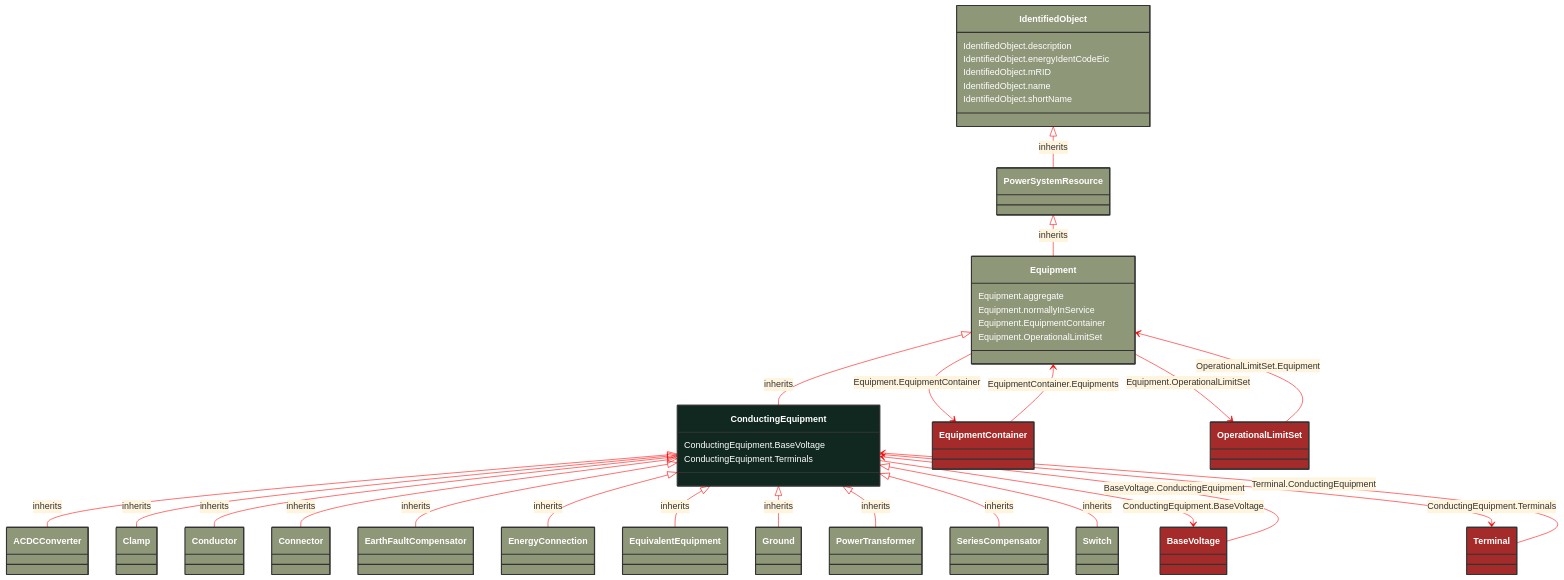
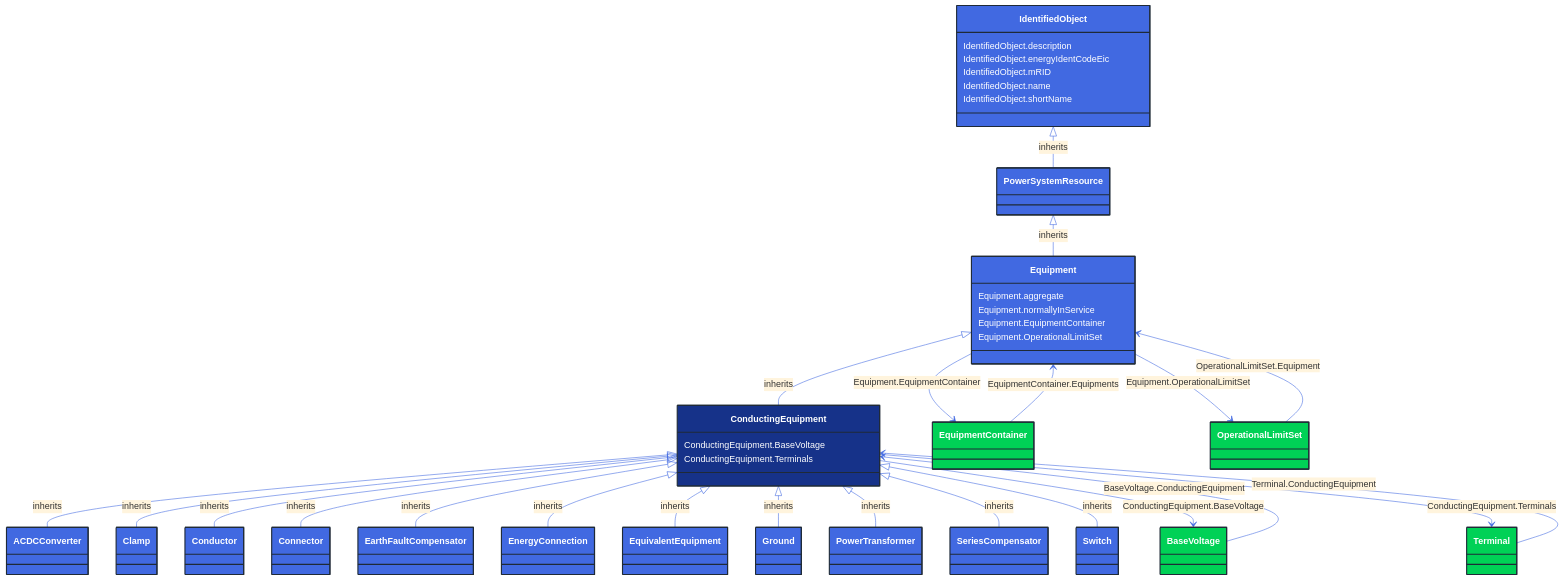
Before and after one commit to 3lbits/NoCIMExtensions: the diagram in docs/Models/Profiles/CoreEquipment/AbstractClasses/ConductingEquipment.md, drawn with Mermaid. The commit also changed 362 other files, not shown here.

First line of the commit message:
Update diagrams and styles for improved visual consistency

````diff
--- a/docs/Models/Profiles/CoreEquipment/AbstractClasses/ConductingEquipment.md
+++ b/docs/Models/Profiles/CoreEquipment/AbstractClasses/ConductingEquipment.md
@@ -10,132 +10,132 @@
 ```mermaid
-%%{init: {'theme':'base','themeVariables': {'lineColor': '#FF0000'}}}%%
+%%{init: {'theme':'base','themeVariables': {'lineColor': '#4169E1'}}}%%
 classDiagram
     class ConductingEquipment
     click ConductingEquipment href "/Models/Profiles/CoreEquipment/AbstractClasses/ConductingEquipment/"
-    style ConductingEquipment fill:#102820,stroke:#333,stroke-width:2px,rx:10,ry:10,color:white
+    style ConductingEquipment fill:#163289,stroke:#1F2A37,stroke-width:2px,rx:10,ry:10,color:white
 
         ConductingEquipment <|-- ACDCConverter : inherits
 
         ACDCConverter
             click ACDCConverter href "/Models/Profiles/CoreEquipment/AbstractClasses/ACDCConverter/"
-            style ACDCConverter fill:#8F9779,stroke:#333,stroke-width:2px,rx:10,ry:10,color:white
+            style ACDCConverter fill:#4169E1,stroke:#1F2A37,stroke-width:2px,rx:10,ry:10,color:white
 
         ConductingEquipment <|-- Clamp : inherits
 
         Clamp
             click Clamp href "/Models/Profiles/CoreEquipment/ConcreteClasses/Clamp/"
-            style Clamp fill:#8F9779,stroke:#333,stroke-width:2px,rx:10,ry:10,color:white
+            style Clamp fill:#4169E1,stroke:#1F2A37,stroke-width:2px,rx:10,ry:10,color:white
 
         ConductingEquipment <|-- Conductor : inherits
 
         Conductor
             click Conductor href "/Models/Profiles/CoreEquipment/AbstractClasses/Conductor/"
-            style Conductor fill:#8F9779,stroke:#333,stroke-width:2px,rx:10,ry:10,color:white
+            style Conductor fill:#4169E1,stroke:#1F2A37,stroke-width:2px,rx:10,ry:10,color:white
 
         ConductingEquipment <|-- Connector : inherits
 
         Connector
             click Connector href "/Models/Profiles/CoreEquipment/AbstractClasses/Connector/"
-            style Connector fill:#8F9779,stroke:#333,stroke-width:2px,rx:10,ry:10,color:white
+            style Connector fill:#4169E1,stroke:#1F2A37,stroke-width:2px,rx:10,ry:10,color:white
 
         ConductingEquipment <|-- EarthFaultCompensator : inherits
 
         EarthFaultCompensator
             click EarthFaultCompensator href "/Models/Profiles/CoreEquipment/AbstractClasses/EarthFaultCompensator/"
-            style EarthFaultCompensator fill:#8F9779,stroke:#333,stroke-width:2px,rx:10,ry:10,color:white
+            style EarthFaultCompensator fill:#4169E1,stroke:#1F2A37,stroke-width:2px,rx:10,ry:10,color:white
 
         ConductingEquipment <|-- EnergyConnection : inherits
 
         EnergyConnection
             click EnergyConnection href "/Models/Profiles/CoreEquipment/AbstractClasses/EnergyConnection/"
-            style EnergyConnection fill:#8F9779,stroke:#333,stroke-width:2px,rx:10,ry:10,color:white
+            style EnergyConnection fill:#4169E1,stroke:#1F2A37,stroke-width:2px,rx:10,ry:10,color:white
 
         ConductingEquipment <|-- EquivalentEquipment : inherits
 
         EquivalentEquipment
             click EquivalentEquipment href "/Models/Profiles/CoreEquipment/AbstractClasses/EquivalentEquipment/"
-            style EquivalentEquipment fill:#8F9779,stroke:#333,stroke-width:2px,rx:10,ry:10,color:white
+            style EquivalentEquipment fill:#4169E1,stroke:#1F2A37,stroke-width:2px,rx:10,ry:10,color:white
 
         ConductingEquipment <|-- Ground : inherits
 
         Ground
             click Ground href "/Models/Profiles/CoreEquipment/ConcreteClasses/Ground/"
-            style Ground fill:#8F9779,stroke:#333,stroke-width:2px,rx:10,ry:10,color:white
+            style Ground fill:#4169E1,stroke:#1F2A37,stroke-width:2px,rx:10,ry:10,color:white
 
         ConductingEquipment <|-- PowerTransformer : inherits
 
         PowerTransformer
             click PowerTransformer href "/Models/Profiles/CoreEquipment/ConcreteClasses/PowerTransformer/"
-            style PowerTransformer fill:#8F9779,stroke:#333,stroke-width:2px,rx:10,ry:10,color:white
+            style PowerTransformer fill:#4169E1,stroke:#1F2A37,stroke-width:2px,rx:10,ry:10,color:white
 
         ConductingEquipment <|-- SeriesCompensator : inherits
 
         SeriesCompensator
             click SeriesCompensator href "/Models/Profiles/CoreEquipment/ConcreteClasses/SeriesCompensator/"
-            style SeriesCompensator fill:#8F9779,stroke:#333,stroke-width:2px,rx:10,ry:10,color:white
+            style SeriesCompensator fill:#4169E1,stroke:#1F2A37,stroke-width:2px,rx:10,ry:10,color:white
 
         ConductingEquipment <|-- Switch : inherits
 
         Switch
             click Switch href "/Models/Profiles/CoreEquipment/ConcreteClasses/Switch/"
-            style Switch fill:#8F9779,stroke:#333,stroke-width:2px,rx:10,ry:10,color:white
+            style Switch fill:#4169E1,stroke:#1F2A37,stroke-width:2px,rx:10,ry:10,color:white
      
         Equipment <|-- ConductingEquipment : inherits
             click Equipment href "/Models/Profiles/CoreEquipment/AbstractClasses/Equipment/"
-            style Equipment fill:#8F9779,stroke:#333,stroke-width:2px,rx:10,ry:10,color:white
+            style Equipment fill:#4169E1,stroke:#1F2A37,stroke-width:2px,rx:10,ry:10,color:white
      
         PowerSystemResource <|-- Equipment : inherits
             click PowerSystemResource href "/Models/Profiles/CoreEquipment/AbstractClasses/PowerSystemResource/"
-            style PowerSystemResource fill:#8F9779,stroke:#333,stroke-width:2px,rx:10,ry:10,color:white
+            style PowerSystemResource fill:#4169E1,stroke:#1F2A37,stroke-width:2px,rx:10,ry:10,color:white
      
         IdentifiedObject <|-- PowerSystemResource : inherits
             click IdentifiedObject href "/Models/Profiles/CoreEquipment/AbstractClasses/IdentifiedObject/"
-            style IdentifiedObject fill:#8F9779,stroke:#333,stroke-width:2px,rx:10,ry:10,color:white
+            style IdentifiedObject fill:#4169E1,stroke:#1F2A37,stroke-width:2px,rx:10,ry:10,color:white
 
         ConductingEquipment --> BaseVoltage : ConductingEquipment.BaseVoltage
 
         BaseVoltage
             click BaseVoltage href "/Models/Profiles/CoreEquipment/ConcreteClasses/BaseVoltage/"
-            style BaseVoltage fill:#A52A2A,stroke:#333,stroke-width:2px,rx:10,ry:10,color:white
+            style BaseVoltage fill:#00D156,stroke:#1F2A37,stroke-width:2px,rx:10,ry:10,color:white
         ConductingEquipment --> Terminal : ConductingEquipment.Terminals
 
         Terminal
             click Terminal href "/Models/Profiles/CoreEquipment/ConcreteClasses/Terminal/"
-            style Terminal fill:#A52A2A,stroke:#333,stroke-width:2px,rx:10,ry:10,color:white
+            style Terminal fill:#00D156,stroke:#1F2A37,stroke-width:2px,rx:10,ry:10,color:white
         Equipment --> EquipmentContainer : Equipment.EquipmentContainer
 
         EquipmentContainer
             click EquipmentContainer href "/Models/Profiles/CoreEquipment/AbstractClasses/EquipmentContainer/"
-            style EquipmentContainer fill:#A52A2A,stroke:#333,stroke-width:2px,rx:10,ry:10,color:white
+            style EquipmentContainer fill:#00D156,stroke:#1F2A37,stroke-width:2px,rx:10,ry:10,color:white
         Equipment --> OperationalLimitSet : Equipment.OperationalLimitSet
 
         OperationalLimitSet
             click OperationalLimitSet href "/Models/Profiles/CoreEquipment/ConcreteClasses/OperationalLimitSet/"
-            style OperationalLimitSet fill:#A52A2A,stroke:#333,stroke-width:2px,rx:10,ry:10,color:white
+            style OperationalLimitSet fill:#00D156,stroke:#1F2A37,stroke-width:2px,rx:10,ry:10,color:white
 
         BaseVoltage --> ConductingEquipment : BaseVoltage.ConductingEquipment
 
         BaseVoltage
             click BaseVoltage href "/Models/Profiles/CoreEquipment/ConcreteClasses/BaseVoltage/"
-            style BaseVoltage fill:#A52A2A,stroke:#333,stroke-width:2px,rx:10,ry:10,color:white
+            style BaseVoltage fill:#00D156,stroke:#1F2A37,stroke-width:2px,rx:10,ry:10,color:white
 
         EquipmentContainer --> Equipment : EquipmentContainer.Equipments
 
         EquipmentContainer
             click EquipmentContainer href "/Models/Profiles/CoreEquipment/AbstractClasses/EquipmentContainer/"
-            style EquipmentContainer fill:#A52A2A,stroke:#333,stroke-width:2px,rx:10,ry:10,color:white
+            style EquipmentContainer fill:#00D156,stroke:#1F2A37,stroke-width:2px,rx:10,ry:10,color:white
 
         OperationalLimitSet --> Equipment : OperationalLimitSet.Equipment
 
         OperationalLimitSet
             click OperationalLimitSet href "/Models/Profiles/CoreEquipment/ConcreteClasses/OperationalLimitSet/"
-            style OperationalLimitSet fill:#A52A2A,stroke:#333,stroke-width:2px,rx:10,ry:10,color:white
+            style OperationalLimitSet fill:#00D156,stroke:#1F2A37,stroke-width:2px,rx:10,ry:10,color:white
 
         Terminal --> ConductingEquipment : Terminal.ConductingEquipment
 
         Terminal
             click Terminal href "/Models/Profiles/CoreEquipment/ConcreteClasses/Terminal/"
-            style Terminal fill:#A52A2A,stroke:#333,stroke-width:2px,rx:10,ry:10,color:white
+            style Terminal fill:#00D156,stroke:#1F2A37,stroke-width:2px,rx:10,ry:10,color:white
 
 
         ConductingEquipment : ConductingEquipment.BaseVoltage
````
